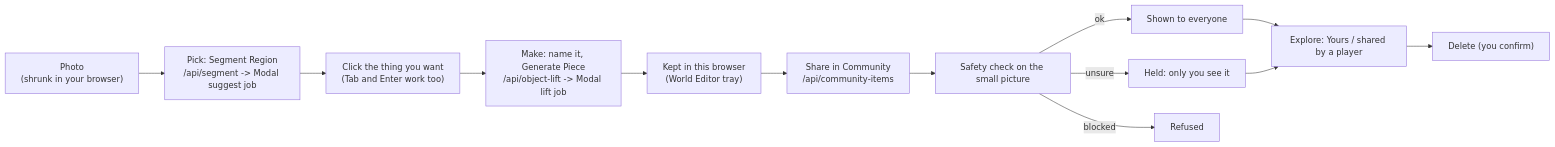
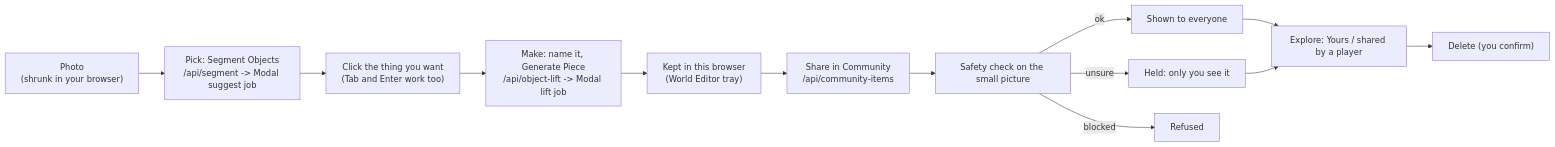
The first of 4 diagrams in docs/community-flow-guide.md (gitgithan/conquercourse), drawn with Mermaid before and after one commit. The commit also changed other lines of this file and 7 other files, not shown here.

First line of the commit message:
Community flow: the button says Segment Objects (it outlines the whole photo, there is no region); README and docs no longer say a player draws a box - Part of CC-133

````diff
--- a/docs/community-flow-guide.md
+++ b/docs/community-flow-guide.md
@@ -13,15 +13,15 @@
 ```mermaid
 flowchart LR
-  A["Photo<br/>(shrunk in your browser)"] --> C["Pick: Segment Region<br/>/api/segment -> Modal suggest job"]
+  A["Photo<br/>(shrunk in your browser)"] --> C["Pick: Segment Objects<br/>/api/segment -> Modal suggest job"]
   C --> C1["Click the thing you want<br/>(Tab and Enter work too)"]
   C1 --> E["Make: name it, Generate Piece<br/>/api/object-lift -> Modal lift job"]
   E --> G["Kept in this browser<br/>(World Editor tray)"]
   G --> H["Share in Community<br/>/api/community-items"]
   H --> I["Safety check on the small picture"]
   I -->|ok| J["Shown to everyone"]
   I -->|unsure| K["Held: only you see it"]
   I -->|blocked| L["Refused"]
   J --> M["Explore: Yours / shared by a player"]
   K --> M
   M --> N["Delete (you confirm)"]
 ```
````
